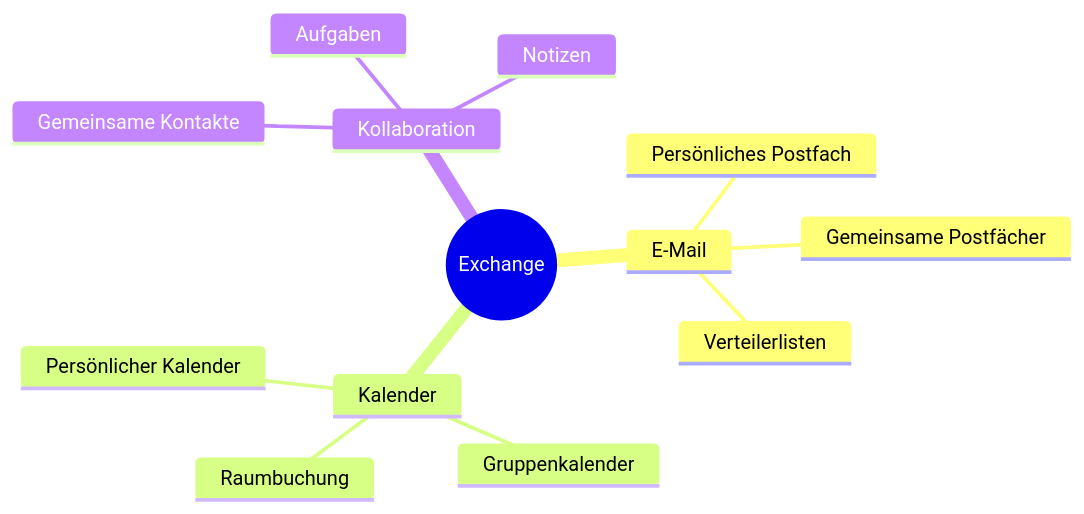
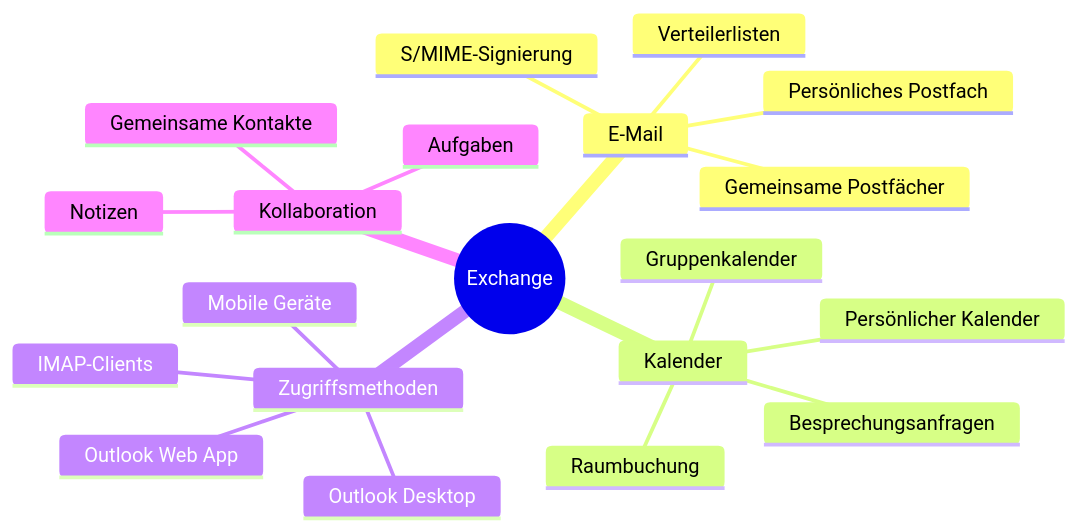
The fifth of 7 diagrams in de/chapters/03-benutzerverwaltung.qmd (jtimo/tum-ito-admin-guide), drawn with Mermaid before and after one commit. The commit also changed other lines of this file and 7 other files, not shown here.

````diff
--- a/de/chapters/03-benutzerverwaltung.qmd
+++ b/de/chapters/03-benutzerverwaltung.qmd
@@ -170,17 +198,24 @@
 ```{mermaid}
 %%| fig-cap: "Exchange Service-Funktionen"
 mindmap
     root((Exchange))
         E-Mail
             Persönliches Postfach
             Gemeinsame Postfächer
             Verteilerlisten
+            S/MIME-Signierung
         Kalender
             Persönlicher Kalender
             Gruppenkalender
             Raumbuchung
+            Besprechungsanfragen
+        Zugriffsmethoden
+            Outlook Desktop
+            Outlook Web App
+            IMAP-Clients
+            Mobile Geräte
         Kollaboration
             Gemeinsame Kontakte
             Aufgaben
             Notizen
 ```
````
